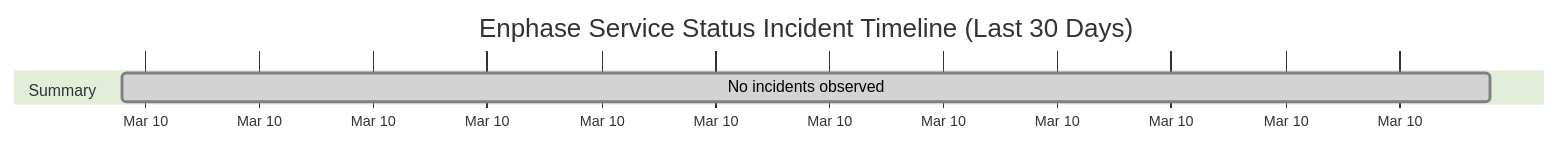
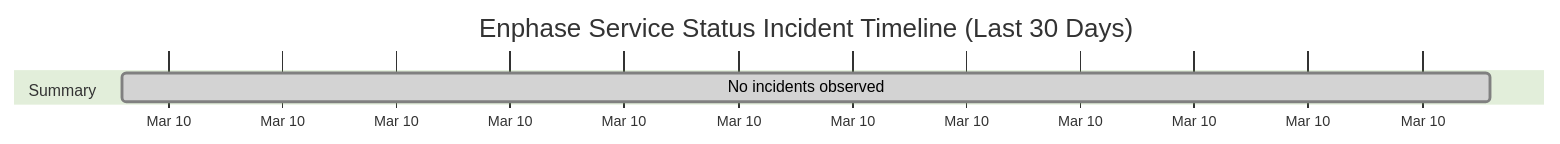
The diagram in wiki/Service-Status-History.md (barneyonline/ha-enphase-ev-charger), drawn with Mermaid (forest theme) before and after one commit. The commit also changed other lines of this file and 3 other files, not shown here.

````diff
--- a/wiki/Service-Status-History.md
+++ b/wiki/Service-Status-History.md
@@ -14,8 +14,8 @@
 ```mermaid
 gantt
     title Enphase Service Status Incident Timeline (Last 30 Days)
     dateFormat  YYYY-MM-DDTHH:mm:ss
     axisFormat  %b %d
     section Summary
-    No incidents observed :done, 2026-03-10T19:32:04, 1m
+    No incidents observed :done, 2026-03-10T20:23:38, 1m
 ```
````
